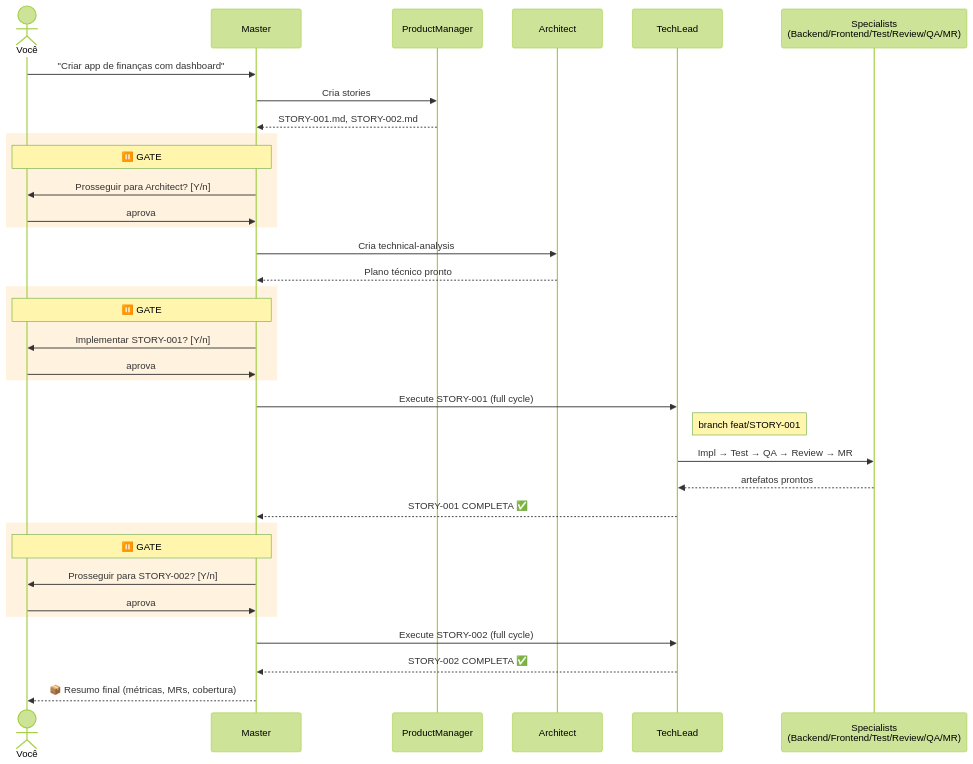
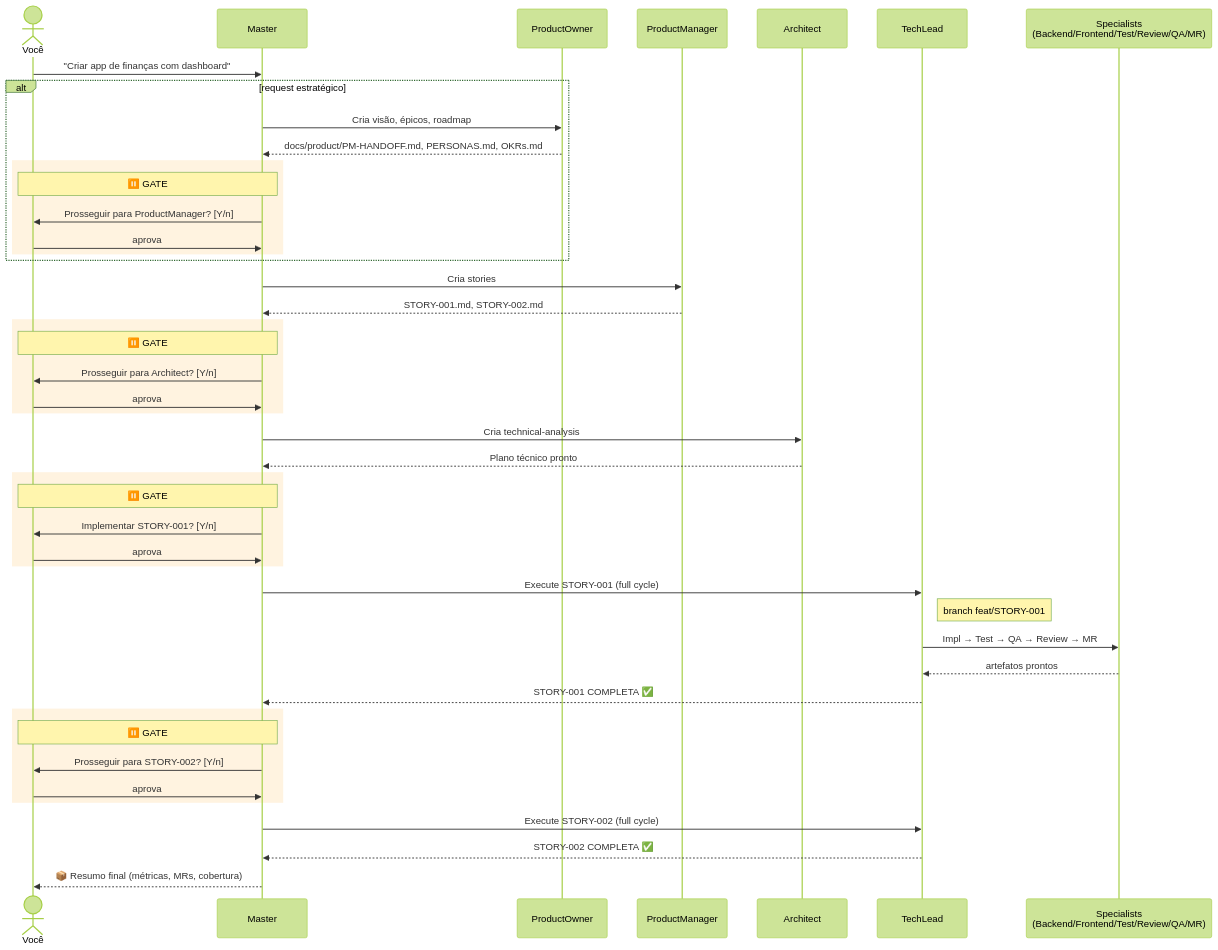
One commit to dgofreitas/opencode-workflow changed the third of 7 diagrams in GUIDE.md. Above: the diagram before and after it, drawn with Mermaid (forest theme). The commit also changed other lines of this file and 1 other file, not shown here.

First line of the commit message:
docs: update GUIDE and README with ProductOwner and 4-gate pipeline

````diff
--- a/GUIDE.md
+++ b/GUIDE.md
@@ -233,44 +238,54 @@
 ```mermaid
 sequenceDiagram
     actor User as Você
     participant OA as Master
+    participant PO as ProductOwner
     participant PM as ProductManager
     participant Arch as Architect
     participant TL as TechLead
     participant Devs as Specialists<br/>(Backend/Frontend/Test/Review/QA/MR)
 
     User->>OA: "Criar app de finanças com dashboard"
+    alt request estratégico
+        OA->>PO: Cria visão, épicos, roadmap
+        PO-->>OA: docs/product/PM-HANDOFF.md, PERSONAS.md, OKRs.md
+        rect rgb(255, 243, 224)
+            Note over User,OA: ⏸️ GATE #0 — Épicos aprovados
+            OA->>User: Prosseguir para ProductManager? [Y/n]
+            User->>OA: aprova
+        end
+    end
     OA->>PM: Cria stories
     PM-->>OA: STORY-001.md, STORY-002.md
 
     rect rgb(255, 243, 224)
         Note over User,OA: ⏸️ GATE #1 — Stories criadas
         OA->>User: Prosseguir para Architect? [Y/n]
         User->>OA: aprova
     end
 
     OA->>Arch: Cria technical-analysis
     Arch-->>OA: Plano técnico pronto
 
     rect rgb(255, 243, 224)
         Note over User,OA: ⏸️ GATE #2 — Plano completo
         OA->>User: Implementar STORY-001? [Y/n]
         User->>OA: aprova
     end
 
     OA->>TL: Execute STORY-001 (full cycle)
     Note right of TL: branch feat/STORY-001
     TL->>Devs: Impl → Test → QA → Review → MR
     Devs-->>TL: artefatos prontos
     TL-->>OA: STORY-001 COMPLETA ✅
 
     rect rgb(255, 243, 224)
         Note over User,OA: ⏸️ GATE #3 — Story completa
         OA->>User: Prosseguir para STORY-002? [Y/n]
         User->>OA: aprova
     end
 
     OA->>TL: Execute STORY-002 (full cycle)
     TL-->>OA: STORY-002 COMPLETA ✅
     OA-->>User: 📦 Resumo final (métricas, MRs, cobertura)
 ```
````
